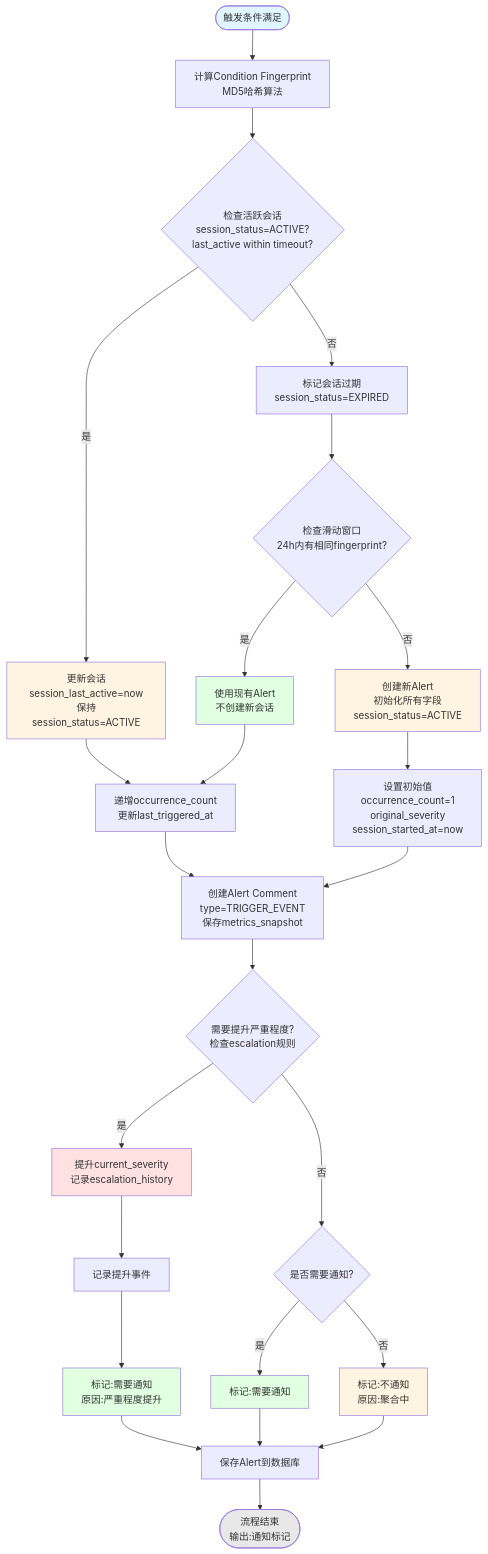
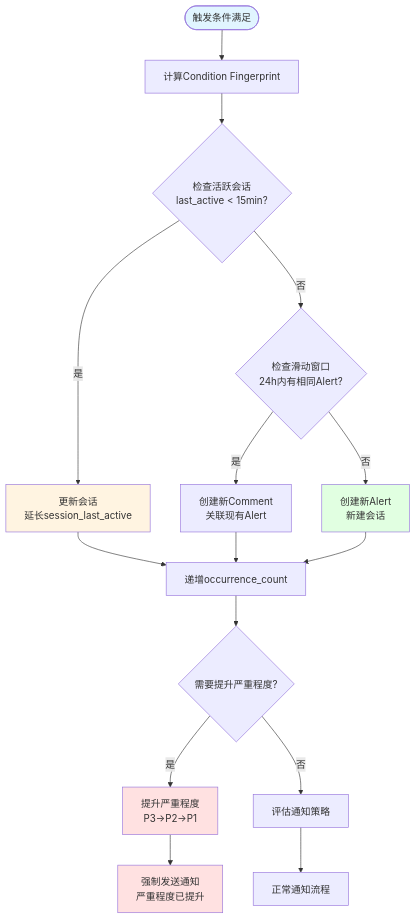
Before and after one commit to smarttttttt/AwxSentinel: the seventh of 10 diagrams in AlertSystemDesign_CN.md, drawn with Mermaid. The commit also changed 1 other file, not shown here.

Commit message:
refactor: simplify alert aggregation flow diagram
- Replace complex session management flow with simplified version
- Change 'UseExistingAlert' to 'CreateNewComment' for clarity
- Remove intermediate steps (ExpireSession, SetInitialValues, etc.)
- Simplify session check to 'last_active < 15min'
- Make flow more intuitive and easier to understand
- Update both CN and EN versions

Key changes:
- When session expires and same condition triggers within 24h window, create Comment instead of new session
- Streamline notification decision flow
- Keep aggregation logic focused on core decisions

````diff
--- a/AlertSystemDesign_CN.md
+++ b/AlertSystemDesign_CN.md
@@ -391,48 +391,28 @@
 ```mermaid
 flowchart TD
-    Start([触发条件满足]) --> CalcFingerprint[计算Condition Fingerprint<br/>MD5哈希算法]
-    CalcFingerprint --> CheckSession{检查活跃会话<br/>session_status=ACTIVE?<br/>last_active within timeout?}
+    Start([触发条件满足]) --> CalcFingerprint[计算Condition Fingerprint]
+    CalcFingerprint --> CheckSession{检查活跃会话<br/>last_active < 15min?}
 
-    CheckSession -->|是| UpdateSession[更新会话<br/>session_last_active=now<br/>保持session_status=ACTIVE]
-    CheckSession -->|否| ExpireSession[标记会话过期<br/>session_status=EXPIRED]
+    CheckSession -->|是| UpdateSession[更新会话<br/>延长session_last_active]
+    CheckSession -->|否| CheckWindow{检查滑动窗口<br/>24h内有相同Alert?}
 
-    ExpireSession --> CheckWindow{检查滑动窗口<br/>24h内有相同fingerprint?}
+    CheckWindow -->|是| CreateNewComment[创建新Comment<br/>关联现有Alert]
+    CheckWindow -->|否| CreateNewAlert[创建新Alert<br/>新建会话]
 
-    CheckWindow -->|是| UseExistingAlert[使用现有Alert<br/>不创建新会话]
-    CheckWindow -->|否| CreateNewAlert[创建新Alert<br/>初始化所有字段<br/>session_status=ACTIVE]
+    UpdateSession --> IncrementCount[递增occurrence_count]
+    CreateNewComment --> IncrementCount
+    CreateNewAlert --> IncrementCount
 
-    UpdateSession --> IncrementCount[递增occurrence_count<br/>更新last_triggered_at]
-    UseExistingAlert --> IncrementCount
+    IncrementCount --> CheckEscalation{需要提升严重程度?}
+    CheckEscalation -->|是| EscalateSeverity[提升严重程度<br/>P3→P2→P1]
+    CheckEscalation -->|否| EvalNotification[评估通知策略]
 
-    CreateNewAlert --> SetInitialValues[设置初始值<br/>occurrence_count=1<br/>original_severity<br/>session_started_at=now]
-
-    SetInitialValues --> CreateComment[创建Alert Comment<br/>type=TRIGGER_EVENT<br/>保存metrics_snapshot]
-    IncrementCount --> CreateComment
-
-    CreateComment --> CheckEscalation{需要提升严重程度?<br/>检查escalation规则}
-
-    CheckEscalation -->|是| EscalateSeverity[提升current_severity<br/>记录escalation_history]
-    CheckEscalation -->|否| DecideNotify{是否需要通知?}
-
-    EscalateSeverity --> LogEscalation[记录提升事件]
-    LogEscalation --> ForceNotify[标记:需要通知<br/>原因:严重程度提升]
-
-    DecideNotify -->|是| NeedNotify[标记:需要通知]
-    DecideNotify -->|否| NoNotify[标记:不通知<br/>原因:聚合中]
-
-    ForceNotify --> SaveAlert[保存Alert到数据库]
-    NeedNotify --> SaveAlert
-    NoNotify --> SaveAlert
-
-    SaveAlert --> End([流程结束<br/>输出:通知标记])
+    EscalateSeverity --> ForceNotify[强制发送通知<br/>严重程度已提升]
+    EvalNotification --> NormalFlow[正常通知流程]
 
     style Start fill:#e1f5ff
-    style CreateNewAlert fill:#fff4e1
     style UpdateSession fill:#fff4e1
-    style UseExistingAlert fill:#e1ffe1
+    style CreateNewAlert fill:#e1ffe1
     style EscalateSeverity fill:#ffe1e1
-    style ForceNotify fill:#e1ffe1
-    style NeedNotify fill:#e1ffe1
-    style NoNotify fill:#fff4e1
-    style End fill:#e8e8e8
+    style ForceNotify fill:#ffe1e1
 ```
````
